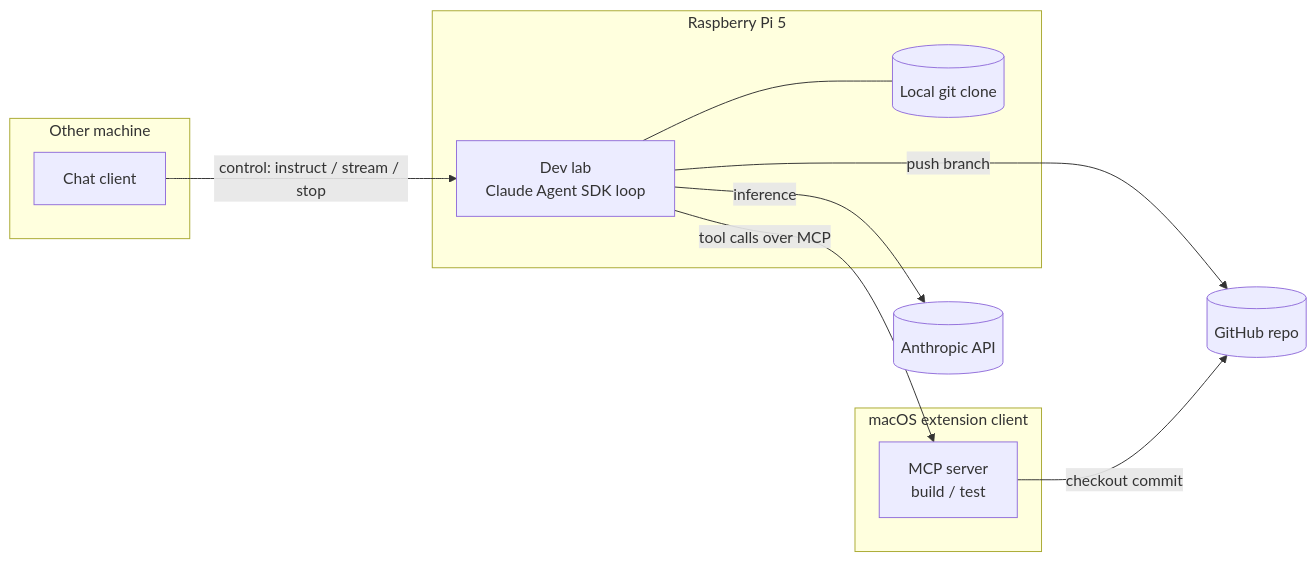
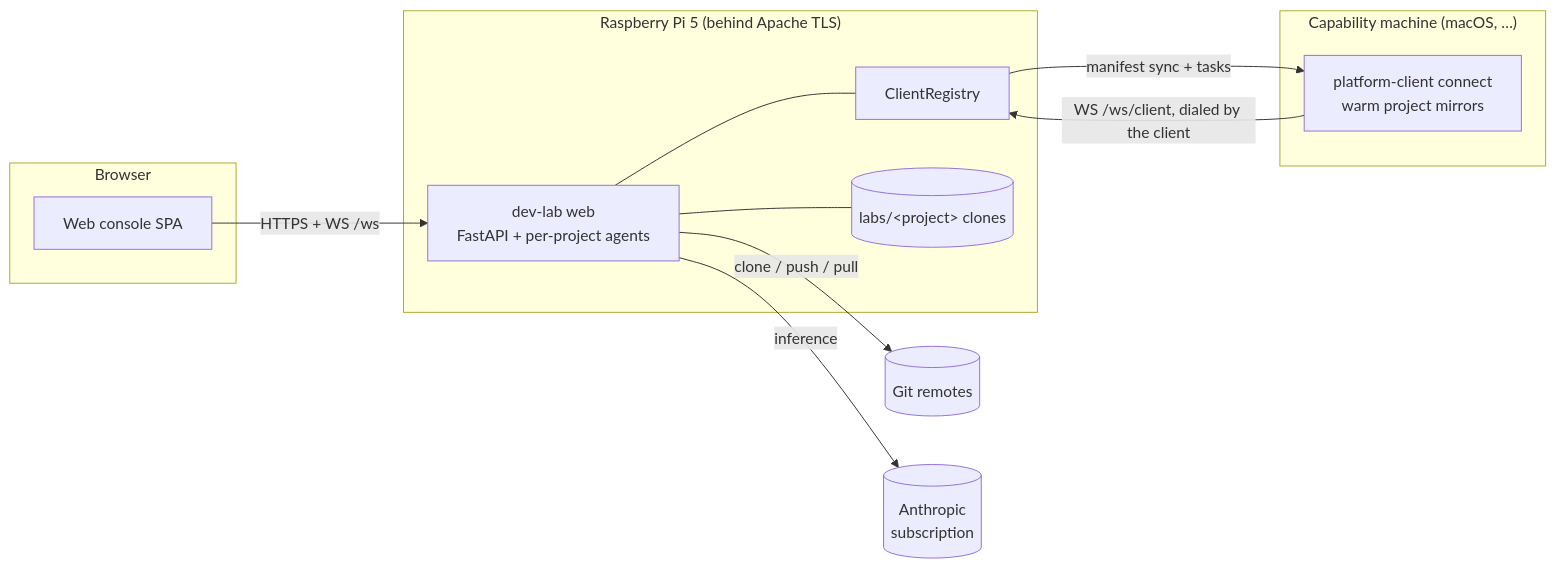
One commit to epatel/claude-agent-team changed the diagram in cards/architecture.md. Above: the diagram before and after it, drawn with Mermaid. The commit also changed other lines of this file and 36 other files, not shown here.

````diff
--- a/cards/architecture.md
+++ b/cards/architecture.md
@@ -20,22 +28,24 @@
 ```mermaid
 flowchart LR
-    subgraph other["Other machine"]
-        CC[Chat client]
+    subgraph anywhere["Browser"]
+        B[Web console SPA]
     end
-    subgraph pi["Raspberry Pi 5"]
-        LAB[Dev lab\nClaude Agent SDK loop]
-        CLONE[(Local git clone)]
-        LAB --- CLONE
+    subgraph pi["Raspberry Pi 5 (behind Apache TLS)"]
+        WEB[dev-lab web\nFastAPI + per-project agents]
+        REG[ClientRegistry]
+        CLONES[(labs/&lt;project&gt; clones)]
+        WEB --- REG
+        WEB --- CLONES
     end
-    subgraph mac["macOS extension client"]
-        EXT[MCP server\nbuild / test]
+    subgraph mac["Capability machine (macOS, …)"]
+        PC[platform-client connect\nwarm project mirrors]
     end
-    GH[(GitHub repo)]
-    API[(Anthropic API)]
+    GH[(Git remotes)]
+    API[(Anthropic\nsubscription)]
 
-    CC -->|control: instruct / stream / stop| LAB
-    LAB -->|tool calls over MCP| EXT
-    LAB -->|inference| API
-    LAB -->|push branch| GH
-    EXT -->|checkout commit| GH
+    B -->|HTTPS + WS /ws| WEB
+    PC -->|WS /ws/client, dialed by the client| REG
+    WEB -->|inference| API
+    WEB -->|clone / push / pull| GH
+    REG -->|manifest sync + tasks| PC
 ```
````
